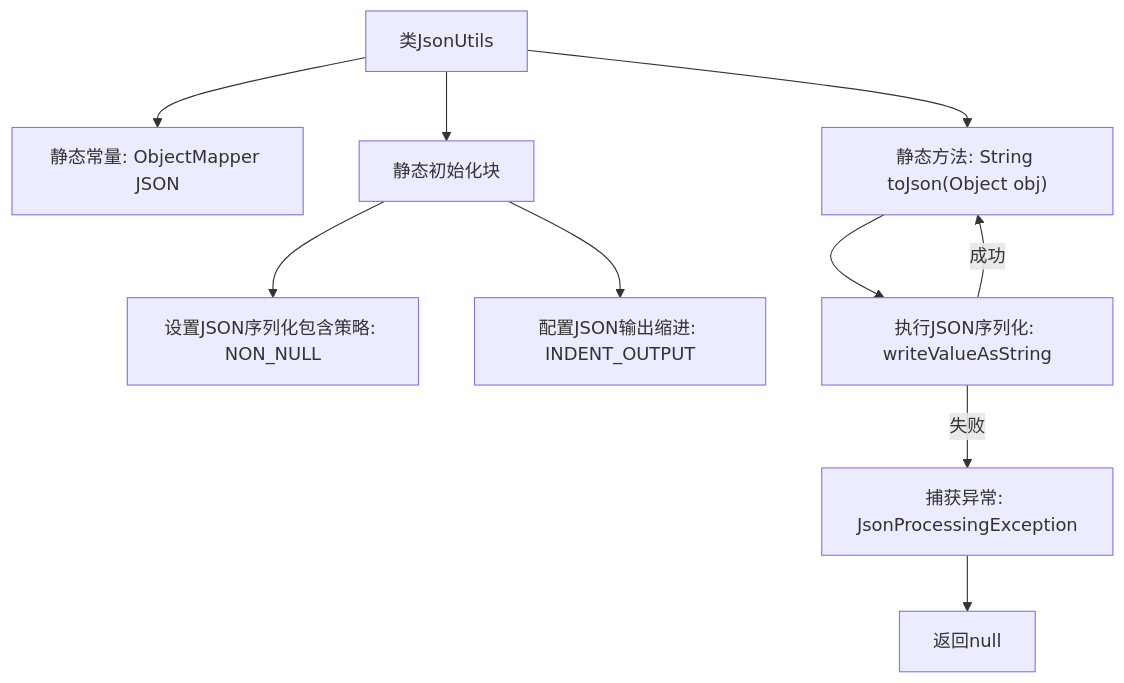
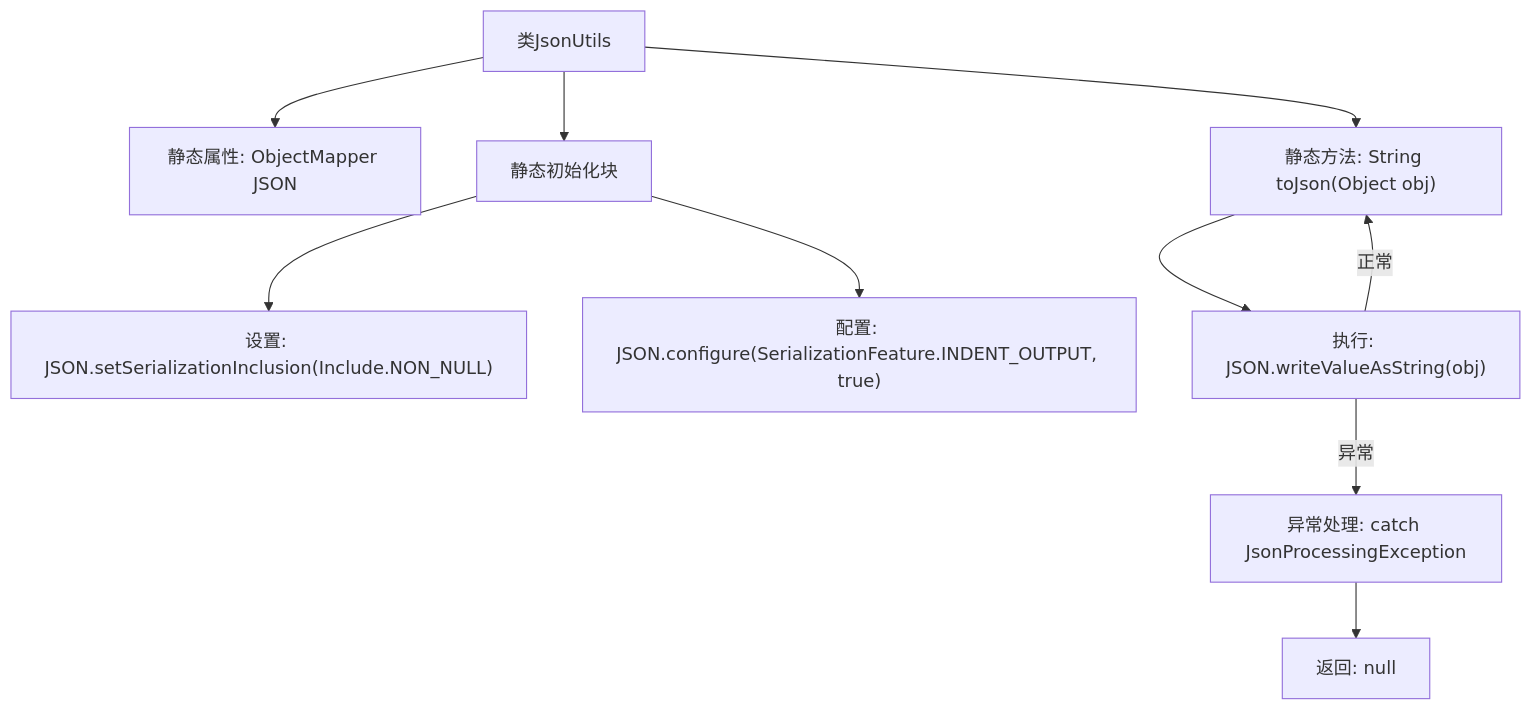
One commit to v-wjrong/rongwj666_weixin-java-miniapp-demo changed the second of 2 diagrams in docs/zh/docs/src/main/java/com/github/binarywang/demo/wx/miniapp/utils/JsonUtils.md. Above: the diagram before and after it, drawn with Mermaid. The commit also changed other lines of this file and 46 other files, not shown here.

````diff
--- a/docs/zh/docs/src/main/java/com/github/binarywang/demo/wx/miniapp/utils/JsonUtils.md
+++ b/docs/zh/docs/src/main/java/com/github/binarywang/demo/wx/miniapp/utils/JsonUtils.md
@@ -71,22 +57,22 @@
 ```mermaid
 graph TD
     A["类JsonUtils"]
-    B["静态常量: ObjectMapper JSON"]
+    B["静态属性: ObjectMapper JSON"]
     C["静态初始化块"]
-    D["设置JSON序列化包含策略: NON_NULL"]
-    E["配置JSON输出缩进: INDENT_OUTPUT"]
+    D["设置: JSON.setSerializationInclusion(Include.NON_NULL)"]
+    E["配置: JSON.configure(SerializationFeature.INDENT_OUTPUT, true)"]
     F["静态方法: String toJson(Object obj)"]
-    G["执行JSON序列化: writeValueAsString"]
-    H["捕获异常: JsonProcessingException"]
-    I["返回null"]
+    G["执行: JSON.writeValueAsString(obj)"]
+    H["异常处理: catch JsonProcessingException"]
+    I["返回: null"]
 
     A --> B
     A --> C
     C --> D
     C --> E
     A --> F
     F --> G
-    G -->|成功| F
-    G -->|失败| H
+    G -->|异常| H
+    G -->|正常| F
     H --> I
 ```
````
